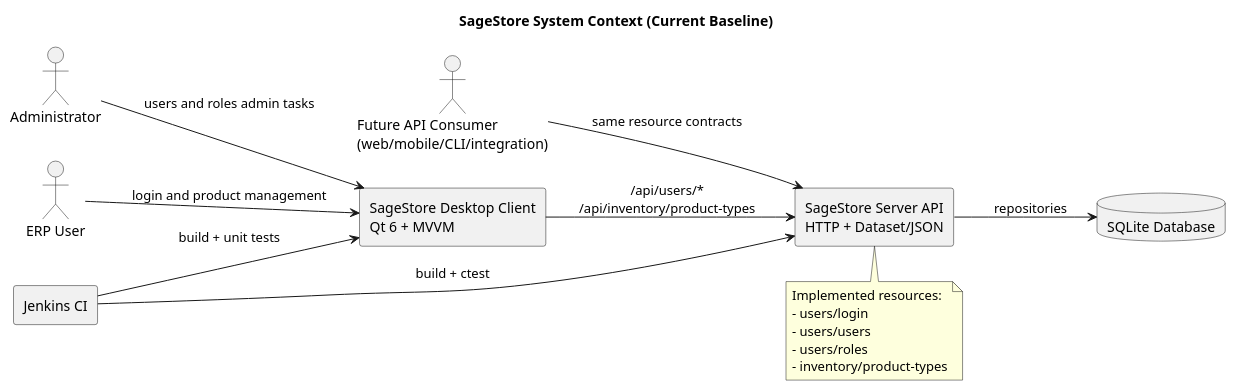
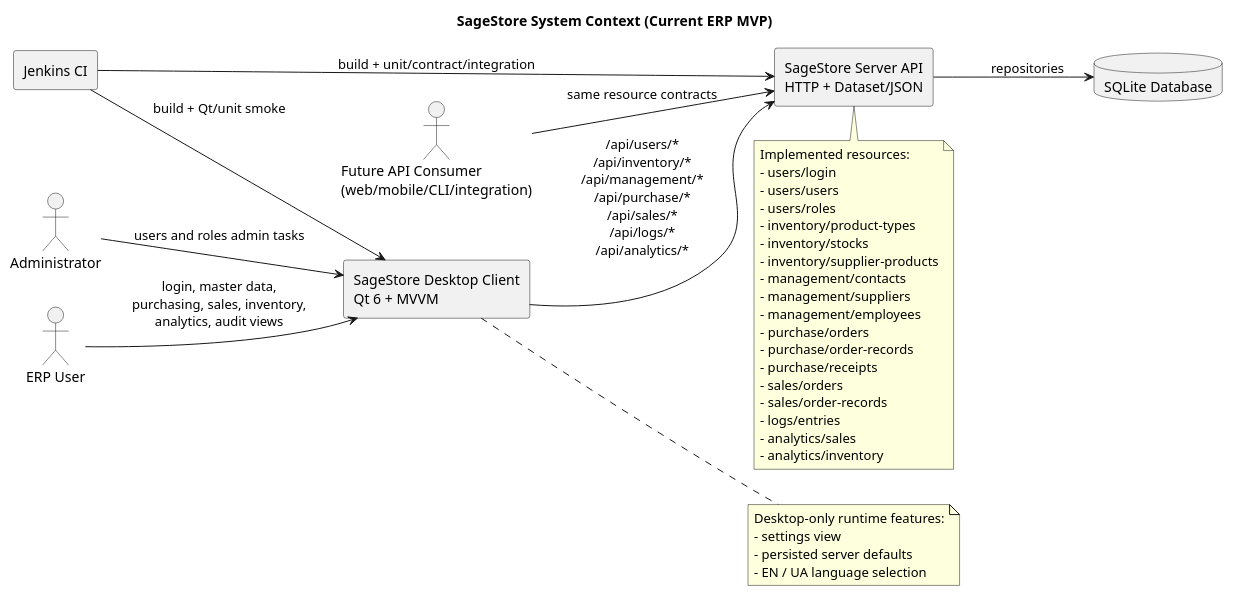
One commit to Sage-Cat/SageStore changed the diagram in docs/architecture/plantuml/System_Context.puml. Above: the diagram before and after it, drawn with PlantUML. The commit also changed 12 other files, not shown here.

Commit message:
docs: reconcile MVP status, diagrams and plan

```diff
--- a/docs/architecture/plantuml/System_Context.puml
+++ b/docs/architecture/plantuml/System_Context.puml
@@ -1,32 +1,52 @@
 @startuml
 left to right direction
 skinparam packageStyle rectangle
 
-title SageStore System Context (Current Baseline)
+title SageStore System Context (Current ERP MVP)
 
 actor Administrator
 actor "ERP User" as User
 actor "Future API Consumer\n(web/mobile/CLI/integration)" as Consumer
 
 rectangle "SageStore Desktop Client\nQt 6 + MVVM" as Desktop
 rectangle "SageStore Server API\nHTTP + Dataset/JSON" as Server
 database "SQLite Database" as Db
 rectangle "Jenkins CI" as CI
 
 Administrator --> Desktop : users and roles admin tasks
-User --> Desktop : login and product management
-Desktop --> Server : /api/users/*\n/api/inventory/product-types
+User --> Desktop : login, master data,\npurchasing, sales, inventory,\nanalytics, audit views
+Desktop --> Server : /api/users/*\n/api/inventory/*\n/api/management/*\n/api/purchase/*\n/api/sales/*\n/api/logs/*\n/api/analytics/*
 Consumer --> Server : same resource contracts
 Server --> Db : repositories
-CI --> Desktop : build + unit tests
-CI --> Server : build + ctest
+CI --> Desktop : build + Qt/unit smoke
+CI --> Server : build + unit/contract/integration
+
+note right of Desktop
+Desktop-only runtime features:
+- settings view
+- persisted server defaults
+- EN / UA language selection
+end note
 
 note bottom of Server
 Implemented resources:
 - users/login
 - users/users
 - users/roles
 - inventory/product-types
+- inventory/stocks
+- inventory/supplier-products
+- management/contacts
+- management/suppliers
+- management/employees
+- purchase/orders
+- purchase/order-records
+- purchase/receipts
+- sales/orders
+- sales/order-records
+- logs/entries
+- analytics/sales
+- analytics/inventory
 end note
 
 @enduml
```
